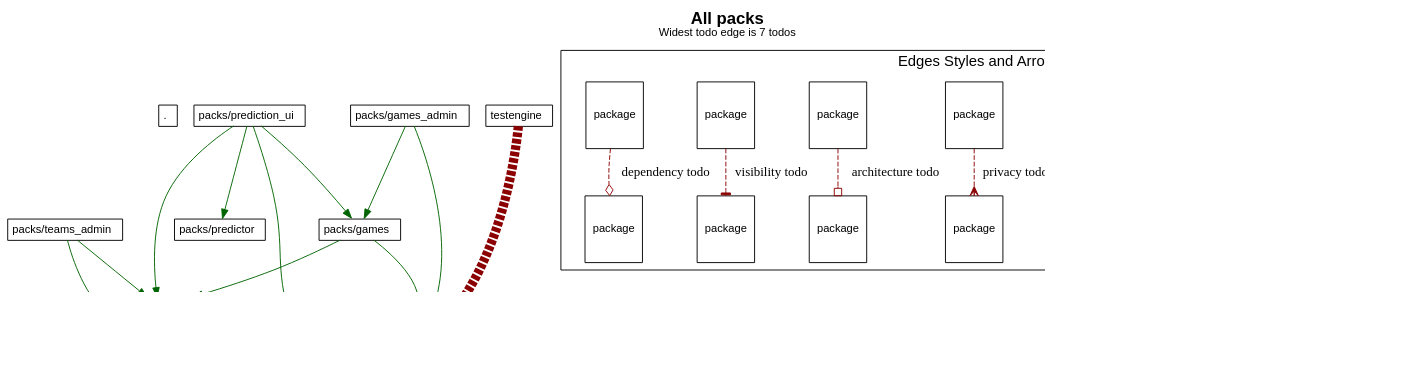
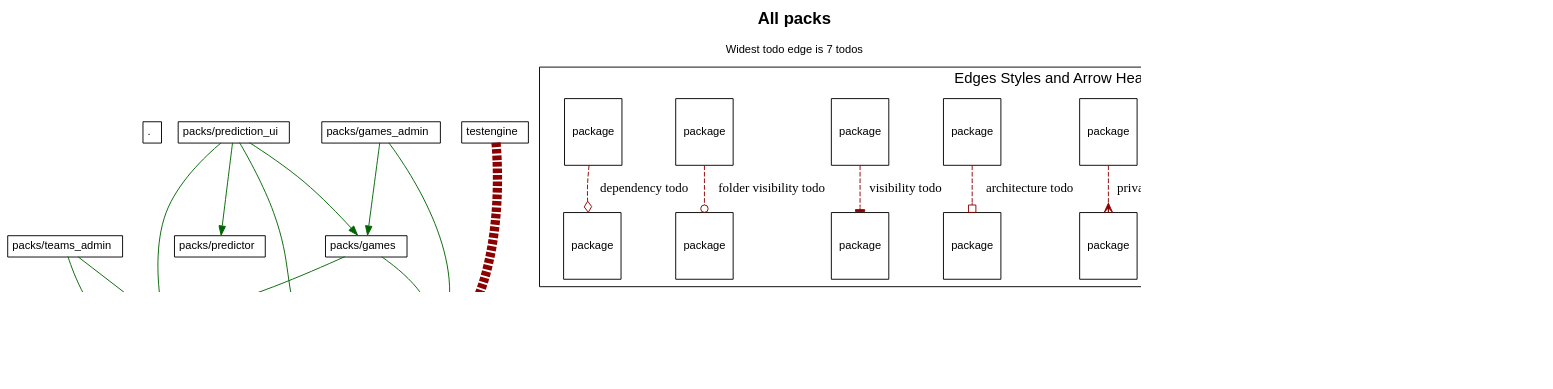
The diagram in c3s01/sportsball/diagrams/all_packs.dot (shageman/package-based-rails-applications-book), drawn with Graphviz before and after one commit. The commit also changed 192 other files, not shown here.

```diff
--- a/c3s01/sportsball/diagrams/all_packs.dot
+++ b/c3s01/sportsball/diagrams/all_packs.dot
@@ -1,170 +1,173 @@
 digraph package_diagram {
   rankdir=TD
   graph [
     labelloc="t"
     fontname="Helvetica,Arial,sans-serif"
     dpi=100
     layout=dot
-    label=<<b>All packs</b><br/><font point-size='12'>Widest todo edge is 7 todos</font>>
+    label=<<b>All packs</b><br/><br/><font point-size='12'>Widest todo edge is 7 todos</font>>
     fontsize=18
   ]
   node [
     fontname="Helvetica,Arial,sans-serif"
     fontsize=26.0
     fontcolor=black
     fillcolor=white
     color=black
     height=1.0
     style=filled
     shape=plain
   ]
     subgraph NotInLayer {
       shape=box
       color=darkgrey
       fillcolor=lightblue
       style=filled
         cluster=false
         "." [
             fontsize=12.0
             label= <
                 <table border='0' cellborder='1' cellspacing='0' cellpadding='4'>
                   <tr> <td align='left'> . </td> </tr>
                 </table>
               >
           ]
         
         "packs/games" [
             fontsize=12.0
             label= <
                 <table border='0' cellborder='1' cellspacing='0' cellpadding='4'>
                   <tr> <td align='left'> packs/games </td> </tr>
                 </table>
               >
           ]
         
         "packs/games_admin" [
             fontsize=12.0
             label= <
                 <table border='0' cellborder='1' cellspacing='0' cellpadding='4'>
                   <tr> <td align='left'> packs/games_admin </td> </tr>
                 </table>
               >
           ]
         
         "packs/prediction_ui" [
             fontsize=12.0
             label= <
                 <table border='0' cellborder='1' cellspacing='0' cellpadding='4'>
                   <tr> <td align='left'> packs/prediction_ui </td> </tr>
                 </table>
               >
           ]
         
         "packs/predictor" [
             fontsize=12.0
             label= <
                 <table border='0' cellborder='1' cellspacing='0' cellpadding='4'>
                   <tr> <td align='left'> packs/predictor </td> </tr>
                 </table>
               >
           ]
         
         "packs/rails_shims" [
             fontsize=12.0
             label= <
                 <table border='0' cellborder='1' cellspacing='0' cellpadding='4'>
                   <tr> <td align='left'> packs/rails_shims </td> </tr>
                 </table>
               >
           ]
         
         "packs/teams" [
             fontsize=12.0
             label= <
                 <table border='0' cellborder='1' cellspacing='0' cellpadding='4'>
                   <tr> <td align='left'> packs/teams </td> </tr>
                 </table>
               >
           ]
         
         "packs/teams_admin" [
             fontsize=12.0
             label= <
                 <table border='0' cellborder='1' cellspacing='0' cellpadding='4'>
                   <tr> <td align='left'> packs/teams_admin </td> </tr>
                 </table>
               >
           ]
         
         "packs/welcome_ui" [
             fontsize=12.0
             label= <
                 <table border='0' cellborder='1' cellspacing='0' cellpadding='4'>
                   <tr> <td align='left'> packs/welcome_ui </td> </tr>
                 </table>
               >
           ]
         
         "testengine" [
             fontsize=12.0
             label= <
                 <table border='0' cellborder='1' cellspacing='0' cellpadding='4'>
                   <tr> <td align='left'> testengine </td> </tr>
                 </table>
               >
           ]
         
     }
           "packs/games" -> "packs/rails_shims" [ color=darkgreen ]
           "packs/games" -> "packs/teams" [ color=darkgreen ]
           "packs/games_admin" -> "packs/games" [ color=darkgreen ]
           "packs/games_admin" -> "packs/rails_shims" [ color=darkgreen ]
           "packs/prediction_ui" -> "packs/games" [ color=darkgreen ]
           "packs/prediction_ui" -> "packs/predictor" [ color=darkgreen ]
           "packs/prediction_ui" -> "packs/rails_shims" [ color=darkgreen ]
           "packs/prediction_ui" -> "packs/teams" [ color=darkgreen ]
           "packs/teams" -> "packs/rails_shims" [ color=darkgreen ]
           "packs/teams_admin" -> "packs/rails_shims" [ color=darkgreen ]
           "packs/teams_admin" -> "packs/teams" [ color=darkgreen ]
           "packs/welcome_ui" -> "packs/rails_shims" [ color=darkgreen ]
             "testengine" -> "packs/rails_shims" [
                 constraint=false
               # headlabel="dependency"
 color=darkred style=dashed arrowhead=odiamond
               penwidth=10.0            ]
     subgraph cluster_legend {
       fontsize=16
       label="Edges Styles and Arrow Heads"
       A [ fontsize=12 shape=box label="package"]
       B [ fontsize=12 shape=box label="package"]
       A -> B [label="accepted dependency" color=darkgreen]
-      K [ fontsize=12 shape=box label="package"]
-      L [ fontsize=12 shape=box label="package"]
-      K -> L [label="nested package" color=purple]
       M [ fontsize=12 shape=box label="package"]
       N [ fontsize=12 shape=box label="package"]
-      M -> N [label="visibile to" color=blue]
+      M -> N [label="nested package" color=purple]
+      O [ fontsize=12 shape=box label="package"]
+      P [ fontsize=12 shape=box label="package"]
+      O -> P [label="visibile to" color=blue]
       C [ fontsize=12 shape=box label="package"]
       D [ fontsize=12 shape=box label="package"]
       C -> D [label="privacy todo" color=darkred style=dashed arrowhead=crow]
       E [ fontsize=12 shape=box label="package"]
       F [ fontsize=12 shape=box label="package"]
       E -> F [label="architecture todo" color=darkred style=dashed arrowhead=obox]
       G [ fontsize=12 shape=box label="package"]
       H [ fontsize=12 shape=box label="package"]
       G -> H [label="visibility todo" color=darkred style=dashed arrowhead=tee]
       I [ fontsize=12 shape=box label="package"]
       J [ fontsize=12 shape=box label="package"]
-      I -> J [label="dependency todo" color=darkred style=dashed arrowhead=odiamond]
+      I -> J [label="folder visibility todo" color=darkred style=dashed arrowhead=odot]
+      K [ fontsize=12 shape=box label="package"]
+      L [ fontsize=12 shape=box label="package"]
+      K -> L [label="dependency todo" color=darkred style=dashed arrowhead=odiamond]
       LEGEND_NODE_1 [ label="" peripheries=0 height=0 width=0 style=invis ]
       LEGEND_NODE_2 [ label="" peripheries=0 height=0 width=0 style=invis ]
       LEGEND_NODE_1 -> LEGEND_NODE_2 [ style=invis ]
     }
   subgraph cluster_teams_legend {
     fontsize=16
     label="Team Colors"
 
 
   }
     LEGEND_NODE_2 -> "" [style=invis]
 }
```
